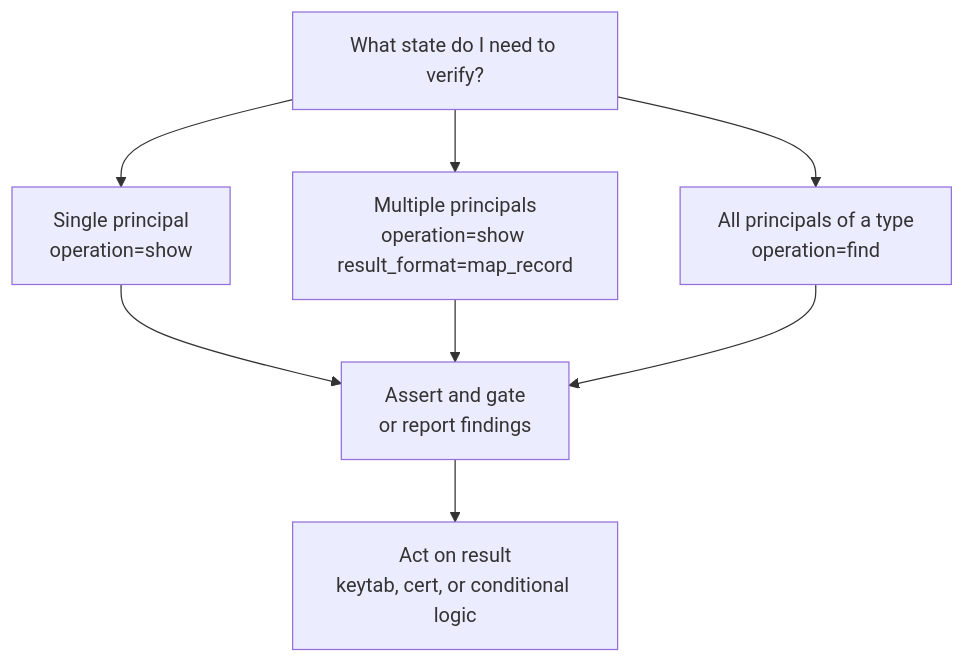
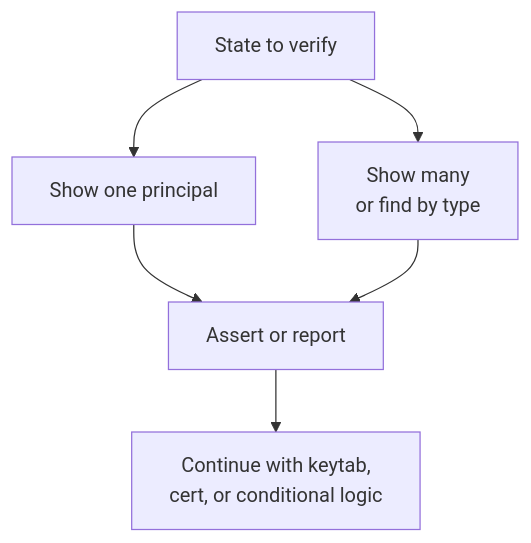
Before and after one commit to gprocunier/eigenstate-ipa: the first of 3 diagrams in docs/principal-use-cases.md, drawn with Mermaid. The commit also changed 12 other files, not shown here.

Commit message:
Clean up Mermaid diagrams across docs

````diff
--- a/docs/principal-use-cases.md
+++ b/docs/principal-use-cases.md
@@ -41,17 +41,14 @@
 ```mermaid
 flowchart TD
-    q["What state do I need to verify?"]
-    single["Single principal\noperation=show"]
-    multi["Multiple principals\noperation=show result_format=map_record"]
-    all["All principals of a type\noperation=find"]
-    gate["Assert and gate\nor report findings"]
-    act["Act on result\nkeytab, cert, or conditional logic"]
+    need["State to verify"]
+    single["Show one principal"]
+    bulk["Show many\nor find by type"]
+    gate["Assert or report"]
+    act["Continue with keytab,\ncert, or conditional logic"]
 
-    q --> single
-    q --> multi
-    q --> all
+    need --> single
+    need --> bulk
     single --> gate
-    multi --> gate
-    all --> gate
+    bulk --> gate
     gate --> act
 ```
````
